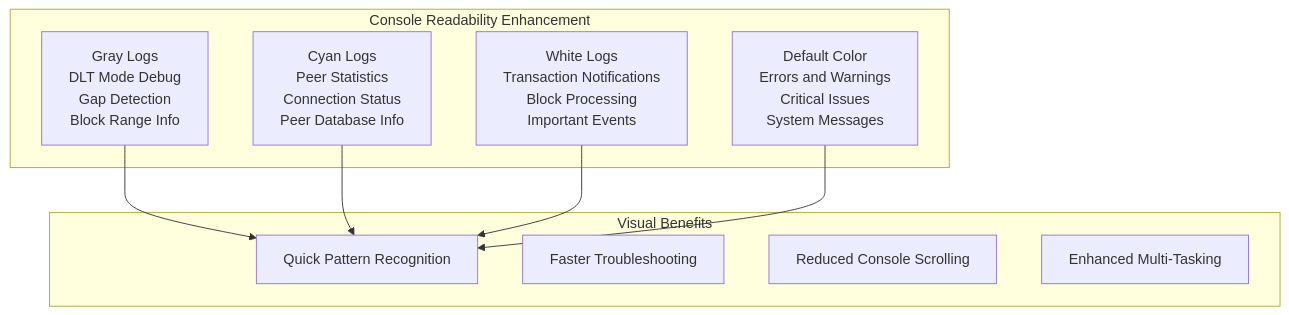
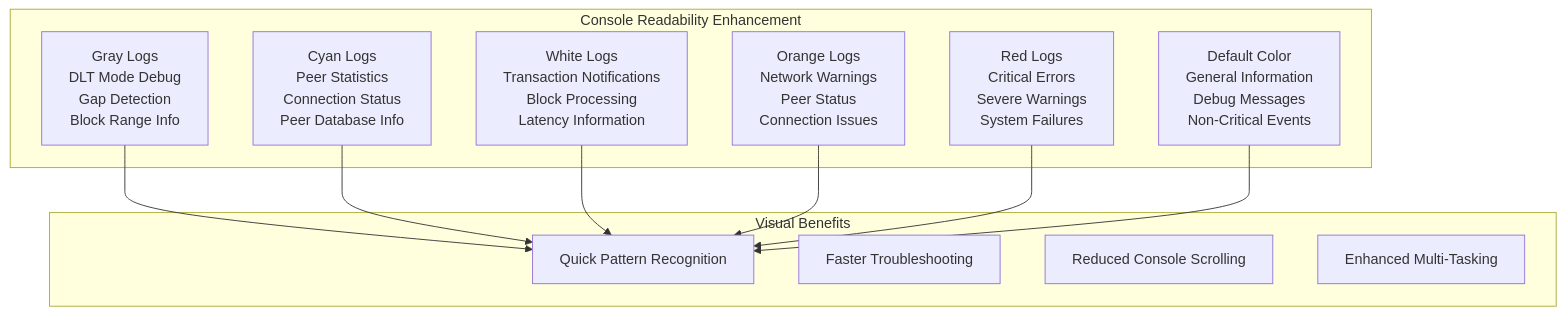
One commit to VIZ-Blockchain/viz-cpp-node changed diagram 27 of 37 in .qoder/repowiki/en/content/P2p Plugin.md. Above: the diagram before and after it, drawn with Mermaid. The commit also changed other lines of this file and 5 other files, not shown here.

````diff
--- a/.qoder/repowiki/en/content/P2p Plugin.md
+++ b/.qoder/repowiki/en/content/P2p Plugin.md
@@ -1024,19 +1042,23 @@
 ```mermaid
 graph TB
 subgraph "Console Readability Enhancement"
 GrayLogs["Gray Logs<br/>DLT Mode Debug<br/>Gap Detection<br/>Block Range Info"]
 CyanLogs["Cyan Logs<br/>Peer Statistics<br/>Connection Status<br/>Peer Database Info"]
-WhiteLogs["White Logs<br/>Transaction Notifications<br/>Block Processing<br/>Important Events"]
-DefaultLogs["Default Color<br/>Errors and Warnings<br/>Critical Issues<br/>System Messages"]
+WhiteLogs["White Logs<br/>Transaction Notifications<br/>Block Processing<br/>Latency Information"]
+OrangeLogs["Orange Logs<br/>Network Warnings<br/>Peer Status<br/>Connection Issues"]
+RedLogs["Red Logs<br/>Critical Errors<br/>Severe Warnings<br/>System Failures"]
+DefaultLogs["Default Color<br/>General Information<br/>Debug Messages<br/>Non-Critical Events"]
 end
 subgraph "Visual Benefits"
 Benefit1["Quick Pattern Recognition"]
 Benefit2["Faster Troubleshooting"]
 Benefit3["Reduced Console Scrolling"]
 Benefit4["Enhanced Multi-Tasking"]
 end
 GrayLogs --> Benefit1
 CyanLogs --> Benefit1
 WhiteLogs --> Benefit1
+OrangeLogs --> Benefit1
+RedLogs --> Benefit1
 DefaultLogs --> Benefit1
 ```
````
